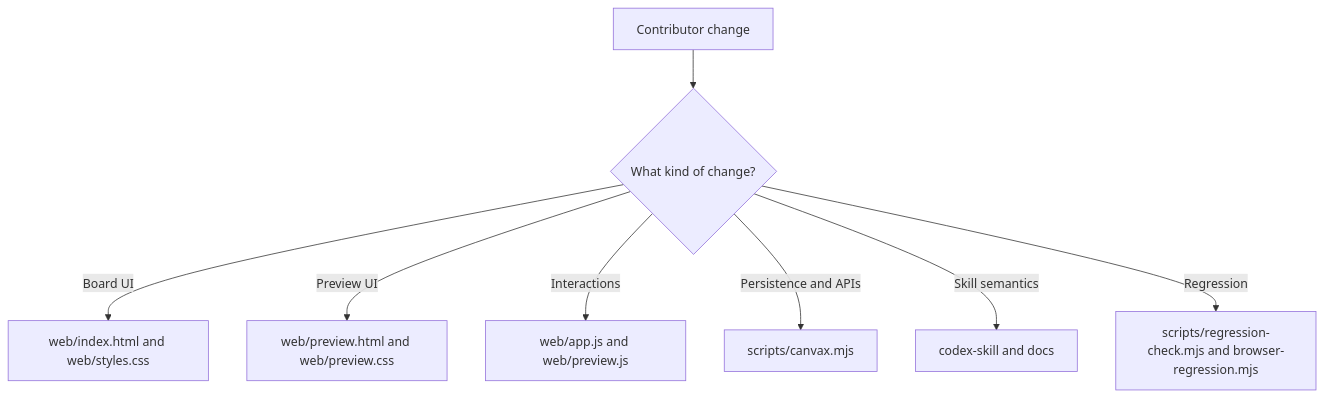
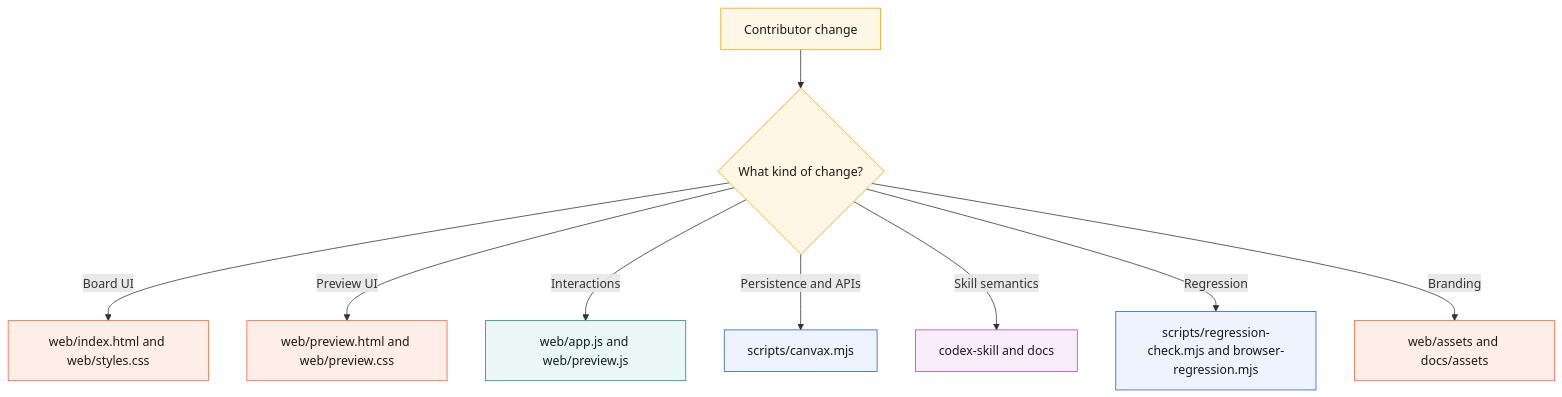
One commit to varshneydevansh/Canvax changed the first of 4 diagrams in docs/DEVELOPMENT.md. Above: the diagram before and after it, drawn with Mermaid. The commit also changed other lines of this file and 24 other files, not shown here.

````diff
--- a/docs/DEVELOPMENT.md
+++ b/docs/DEVELOPMENT.md
@@ -13,10 +13,22 @@
 ```mermaid
 flowchart TD
     A[Contributor change] --> B{What kind of change?}
     B -->|Board UI| C[web/index.html and web/styles.css]
     B -->|Preview UI| D[web/preview.html and web/preview.css]
     B -->|Interactions| E[web/app.js and web/preview.js]
     B -->|Persistence and APIs| F[scripts/canvax.mjs]
     B -->|Skill semantics| G[codex-skill and docs]
     B -->|Regression| H[scripts/regression-check.mjs and browser-regression.mjs]
+    B -->|Branding| I[web/assets and docs/assets]
+
+    classDef entry fill:#fff7e6,stroke:#f0a202,color:#211815;
+    classDef ui fill:#ffede8,stroke:#ff5d3a,color:#211815;
+    classDef logic fill:#eaf7f5,stroke:#0c8d7b,color:#10201d;
+    classDef service fill:#eef3ff,stroke:#2364aa,color:#101828;
+    classDef docs fill:#f7edfb,stroke:#b246a8,color:#211625;
+    class A,B entry;
+    class C,D,I ui;
+    class E logic;
+    class F,H service;
+    class G docs;
 ```
````
